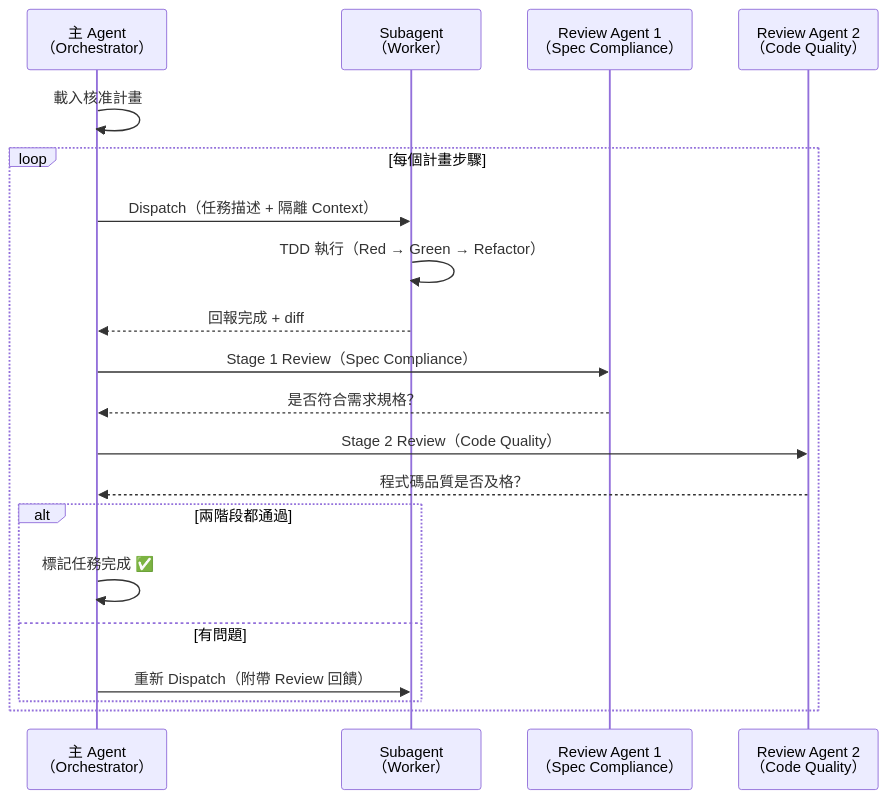
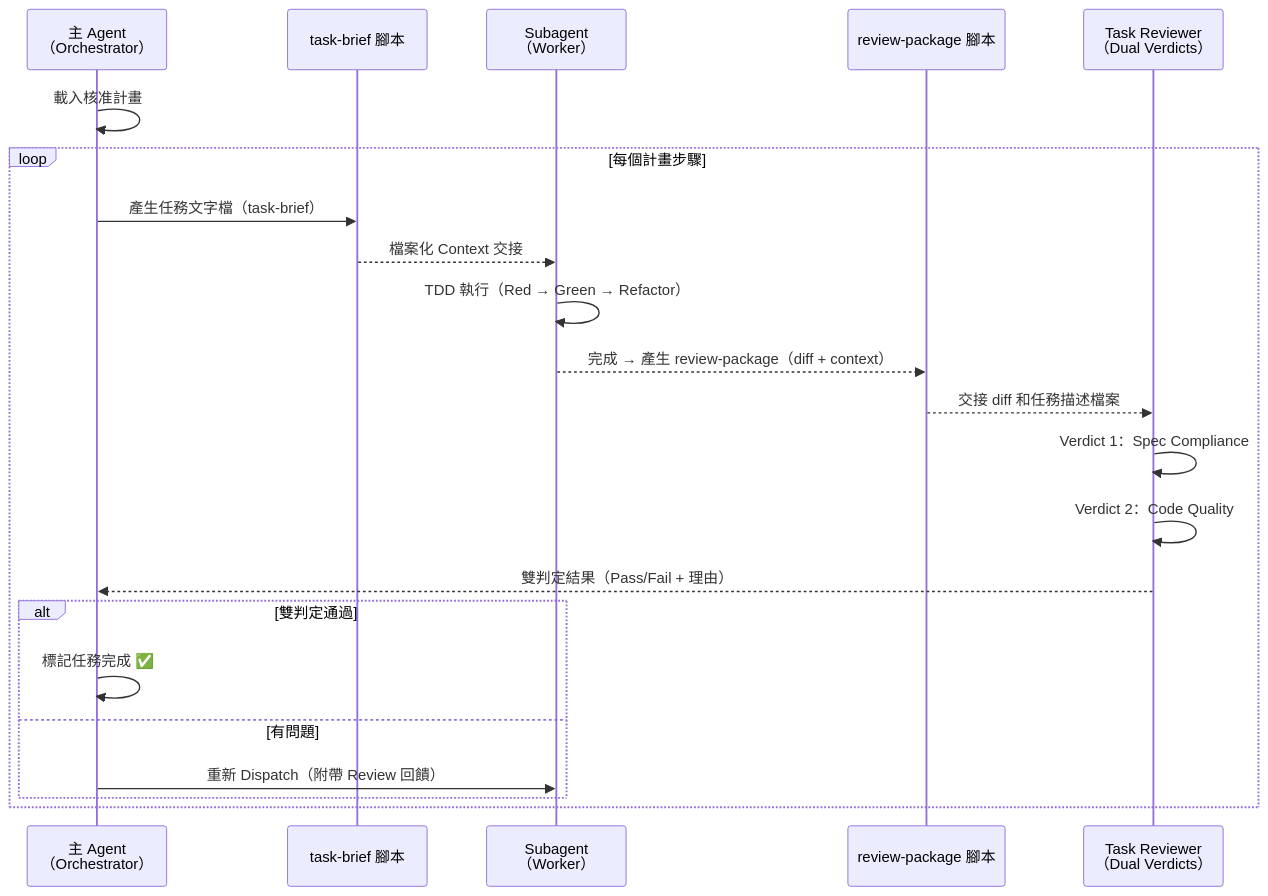
Diagram 15 of 43 in content/posts/教學/AI開發/Superpowers教學手冊.md (chihhung/Blog), drawn with Mermaid before and after one commit. The commit also changed other lines of this file and 22 other files, not shown here.

````diff
--- a/content/posts/教學/AI開發/Superpowers教學手冊.md
+++ b/content/posts/教學/AI開發/Superpowers教學手冊.md
@@ -1711,27 +1813,28 @@
 ```mermaid
 sequenceDiagram
     participant Main as 主 Agent<br/>（Orchestrator）
+    participant Brief as task-brief 腳本
     participant Sub as Subagent<br/>（Worker）
-    participant Rev1 as Review Agent 1<br/>（Spec Compliance）
-    participant Rev2 as Review Agent 2<br/>（Code Quality）
+    participant Pkg as review-package 腳本
+    participant Rev as Task Reviewer<br/>（Dual Verdicts）
     
     Main->>Main: 載入核准計畫
     
     loop 每個計畫步驟
-        Main->>Sub: Dispatch（任務描述 + 隔離 Context）
+        Main->>Brief: 產生任務文字檔（task-brief）
+        Brief-->>Sub: 檔案化 Context 交接
         Sub->>Sub: TDD 執行（Red → Green → Refactor）
-        Sub-->>Main: 回報完成 + diff
+        Sub-->>Pkg: 完成 → 產生 review-package（diff + context）
         
-        Main->>Rev1: Stage 1 Review（Spec Compliance）
-        Rev1-->>Main: 是否符合需求規格？
+        Pkg-->>Rev: 交接 diff 和任務描述檔案
+        Rev->>Rev: Verdict 1：Spec Compliance
+        Rev->>Rev: Verdict 2：Code Quality
+        Rev-->>Main: 雙判定結果（Pass/Fail + 理由）
         
-        Main->>Rev2: Stage 2 Review（Code Quality）
-        Rev2-->>Main: 程式碼品質是否及格？
-        
-        alt 兩階段都通過
+        alt 雙判定通過
             Main->>Main: 標記任務完成 ✅
         else 有問題
             Main->>Sub: 重新 Dispatch（附帶 Review 回饋）
         end
     end
 ```
````
